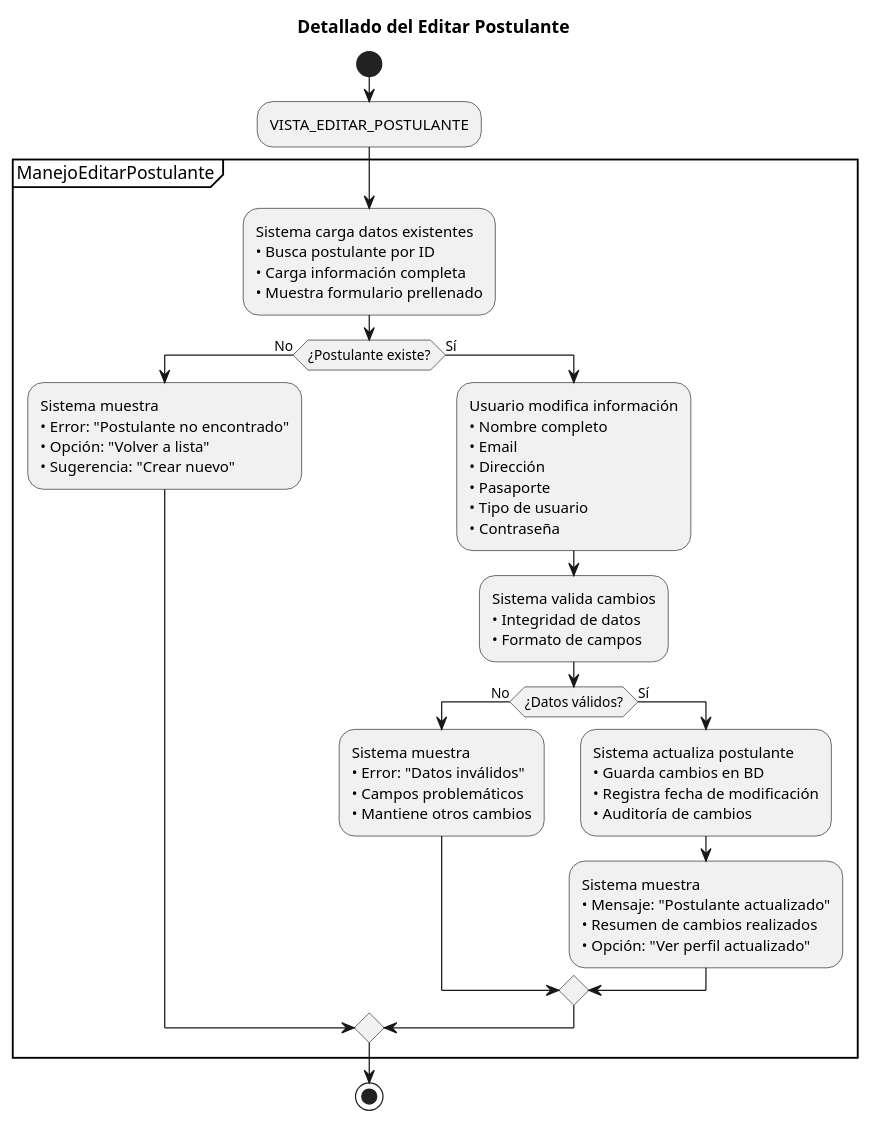
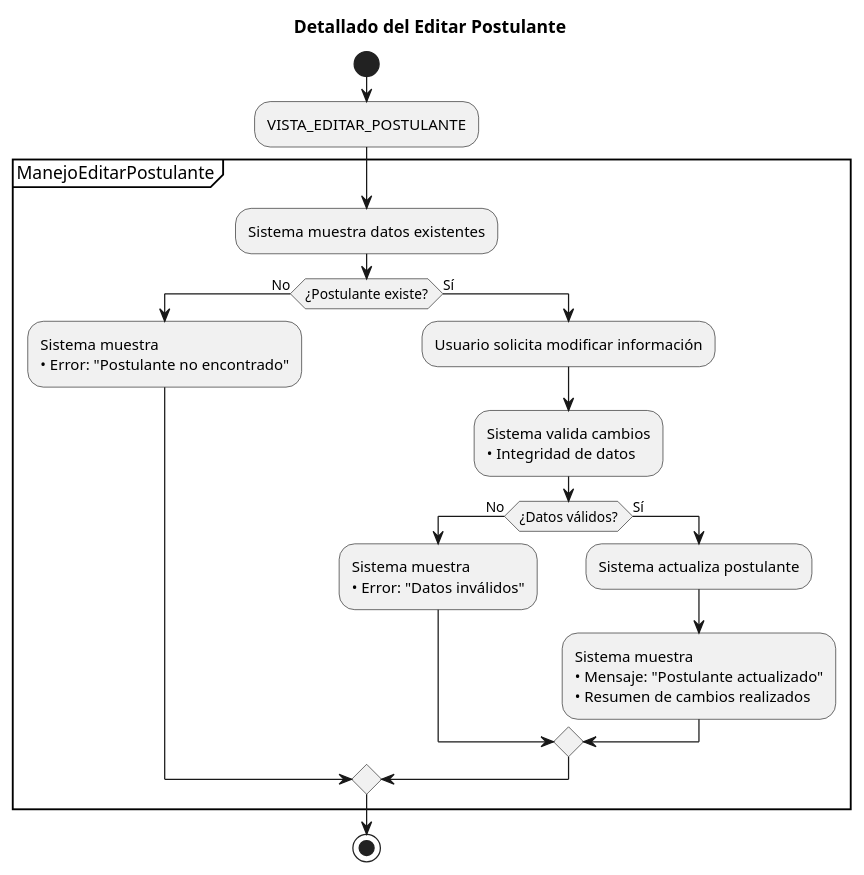
One commit to Dievex/24-25-IdSw1-SDR changed the diagram in casos_de_uso/diagramas_casos_de_uso_detallados/editar_postulante.puml. Above: the diagram before and after it, drawn with PlantUML.

Commit message:
refactor(diagrams): simplify edit applicant use case diagram

```diff
--- a/casos_de_uso/diagramas_casos_de_uso_detallados/editar_postulante.puml
+++ b/casos_de_uso/diagramas_casos_de_uso_detallados/editar_postulante.puml
@@ -1,62 +1,41 @@
 @startuml
 title Detallado del Editar Postulante
 
 start
 
 :VISTA_EDITAR_POSTULANTE;
 
 partition ManejoEditarPostulante {
   
-  :Sistema carga datos existentes
-  • Busca postulante por ID
-  • Carga información completa
-  • Muestra formulario prellenado;
+  :Sistema muestra datos existentes;
   
   if (¿Postulante existe?) then (No)
     :Sistema muestra
-    • Error: "Postulante no encontrado"
-    • Opción: "Volver a lista"
-    • Sugerencia: "Crear nuevo";
+    • Error: "Postulante no encontrado";
     
   else (Sí)
-    :Usuario modifica información
-    • Nombre completo
-    • Email
-    • Dirección
-    • Pasaporte
-    • Tipo de usuario
-    • Contraseña;
+    :Usuario solicita modificar información;
     
     :Sistema valida cambios
-    • Integridad de datos
-    • Formato de campos;
+    • Integridad de datos;
     
     if (¿Datos válidos?) then (No)
       :Sistema muestra
-      • Error: "Datos inválidos"
-      • Campos problemáticos
-      • Mantiene otros cambios;
+      • Error: "Datos inválidos";
       
     else (Sí)
-  
-      
-        :Sistema actualiza postulante
-        • Guarda cambios en BD
-        • Registra fecha de modificación
-        • Auditoría de cambios;
+        :Sistema actualiza postulante;
         
         :Sistema muestra
         • Mensaje: "Postulante actualizado"
-        • Resumen de cambios realizados
-        • Opción: "Ver perfil actualizado";
-        
+        • Resumen de cambios realizados;
       
       
     endif
     
   endif
   
 }
 
 stop
 @enduml
```
